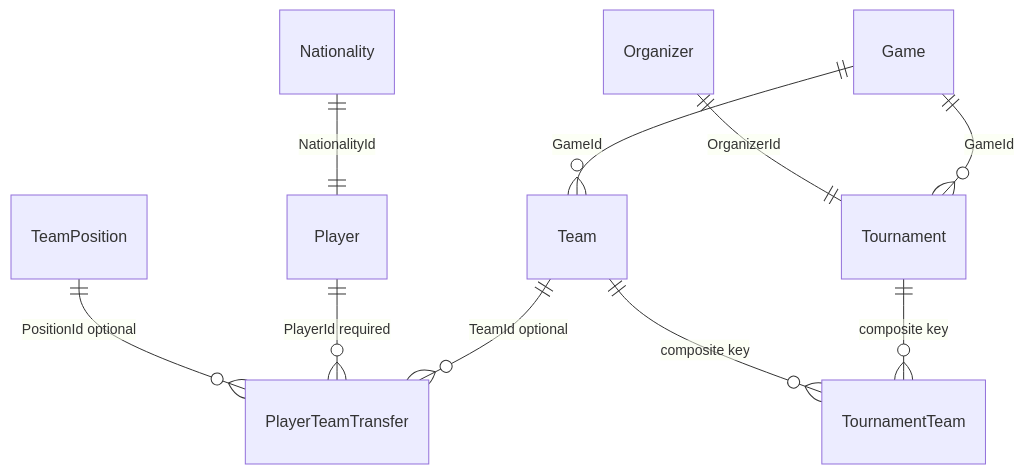
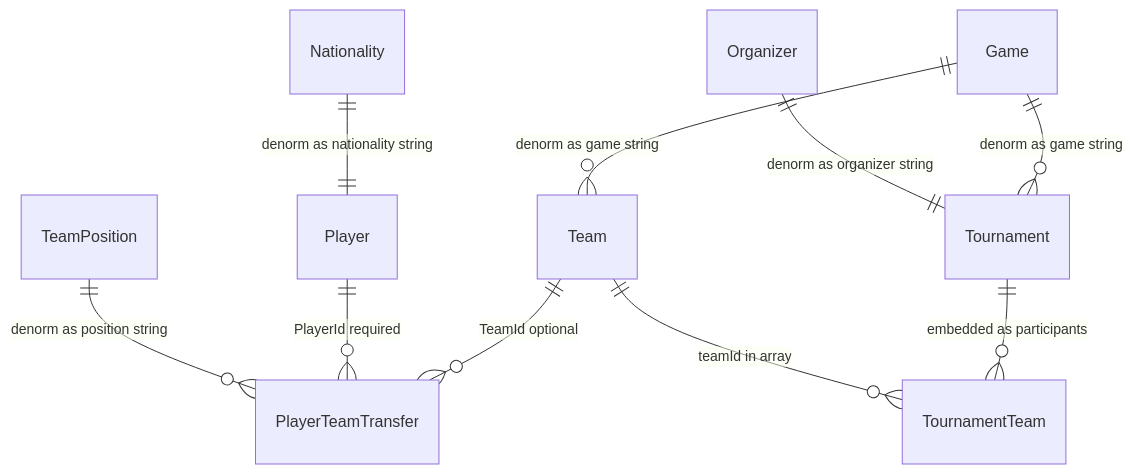
The diagram in tools/Balkana.MongoCoursework/README.md (BalkanaOrg/Balkana), drawn with Mermaid before and after one commit. The commit also changed other lines of this file and 3 other files, not shown here.

````diff
--- a/tools/Balkana.MongoCoursework/README.md
+++ b/tools/Balkana.MongoCoursework/README.md
@@ -7,12 +7,12 @@
 ```mermaid
 erDiagram
     Team ||--o{ PlayerTeamTransfer : "TeamId optional"
     Player ||--o{ PlayerTeamTransfer : "PlayerId required"
-    Tournament ||--o{ TournamentTeam : "composite key"
-    Team ||--o{ TournamentTeam : "composite key"
-    Game ||--o{ Team : "GameId"
-    Game ||--o{ Tournament : "GameId"
-    Organizer ||--|| Tournament : "OrganizerId"
-    Nationality ||--|| Player : "NationalityId"
-    TeamPosition ||--o{ PlayerTeamTransfer : "PositionId optional"
+    Tournament ||--o{ TournamentTeam : "embedded as participants"
+    Team ||--o{ TournamentTeam : "teamId in array"
+    Game ||--o{ Team : "denorm as game string"
+    Game ||--o{ Tournament : "denorm as game string"
+    Organizer ||--|| Tournament : "denorm as organizer string"
+    Nationality ||--|| Player : "denorm as nationality string"
+    TeamPosition ||--o{ PlayerTeamTransfer : "denorm as position string"
 ```
````
